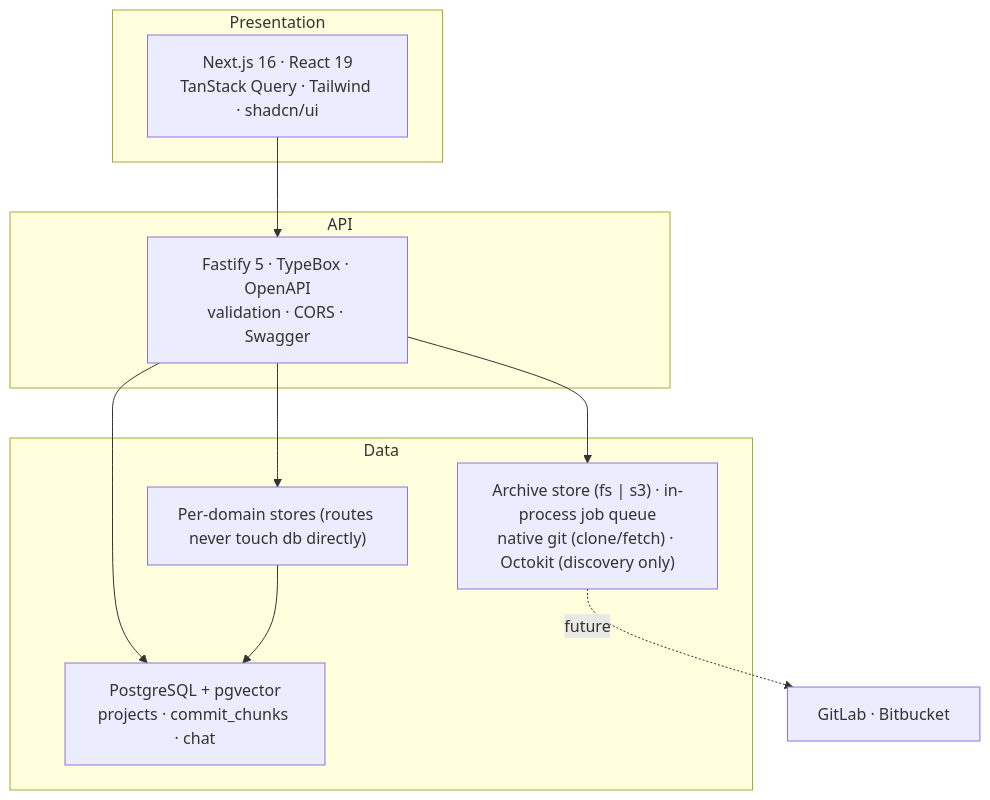
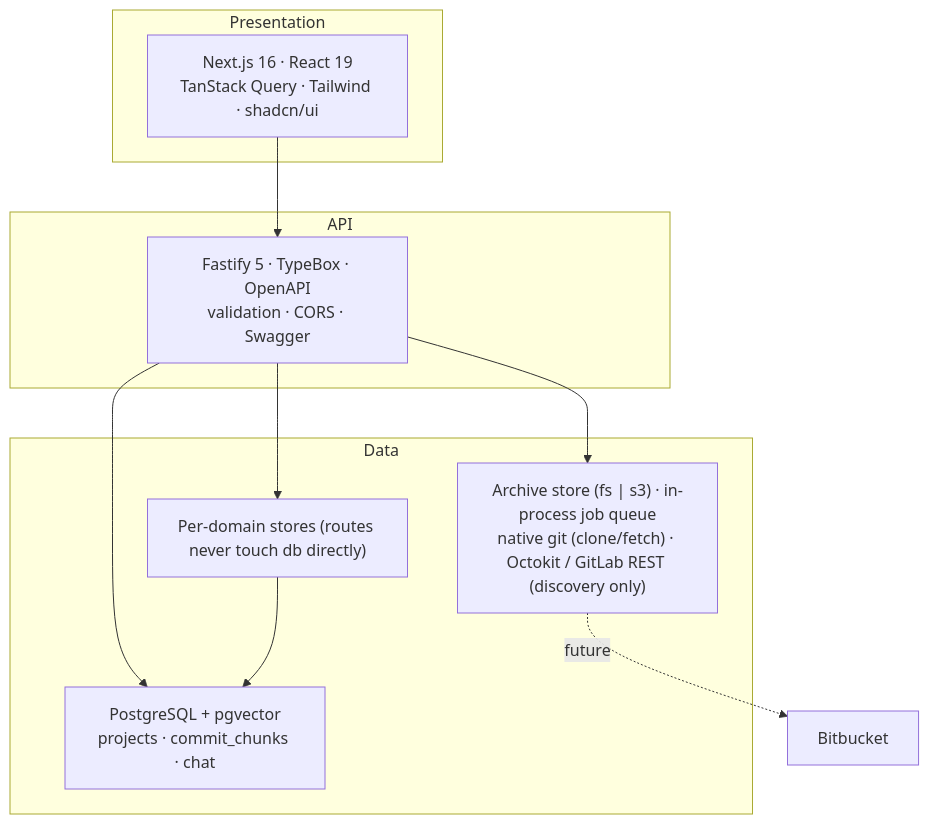
Before and after one commit to franciscoluna-28/Scrapecat: the first of 3 diagrams in docs/architecture.md, drawn with Mermaid. The commit also changed other lines of this file and 14 other files, not shown here.

````diff
--- a/docs/architecture.md
+++ b/docs/architecture.md
@@ -9,18 +9,18 @@
 ```mermaid
 flowchart TB
     subgraph P["Presentation"]
         FE["Next.js 16 · React 19<br/>TanStack Query · Tailwind · shadcn/ui"]
     end
     subgraph A["API"]
         API["Fastify 5 · TypeBox · OpenAPI<br/>validation · CORS · Swagger"]
     end
     subgraph D["Data"]
         PG["PostgreSQL + pgvector<br/>projects · commit_chunks · chat"]
         STORE["Per-domain stores (routes never touch db directly)"]
-        INFRA["Archive store (fs | s3) · in-process job queue<br/>native git (clone/fetch) · Octokit (discovery only)"]
+        INFRA["Archive store (fs | s3) · in-process job queue<br/>native git (clone/fetch) · Octokit / GitLab REST (discovery only)"]
     end
     FE --> API --> PG
     API --> STORE --> PG
     API --> INFRA
-    INFRA -.->|future| EXT["GitLab · Bitbucket"]
+    INFRA -.->|future| EXT["Bitbucket"]
 ```
````
